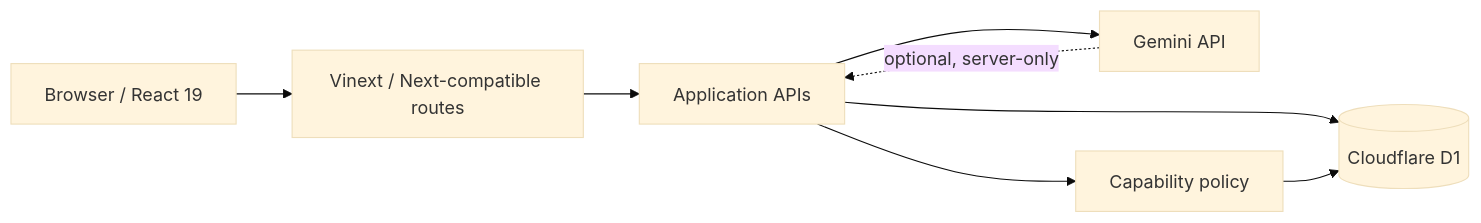
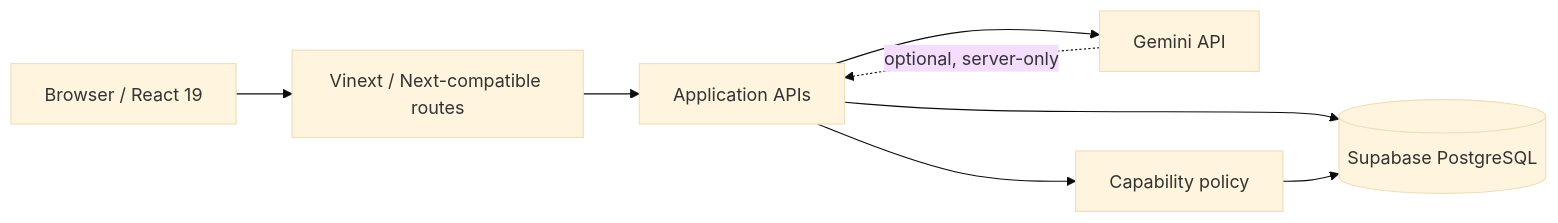
One commit to ThanhNT2k/NIC-AI changed the third of 3 diagrams in README.md. Above: the diagram before and after it, drawn with Mermaid (base theme). The commit also changed other lines of this file and 19 other files, not shown here.

````diff
--- a/README.md
+++ b/README.md
@@ -184,10 +184,10 @@
 ```mermaid
 flowchart LR
     B[Browser / React 19] --> V[Vinext / Next-compatible routes]
     V --> A[Application APIs]
-    A --> D[(Cloudflare D1)]
+    A --> D[(Supabase PostgreSQL)]
     A --> O[Gemini API]
     A --> P[Capability policy]
     P --> D
     O -. optional, server-only .-> A
 ```
````
